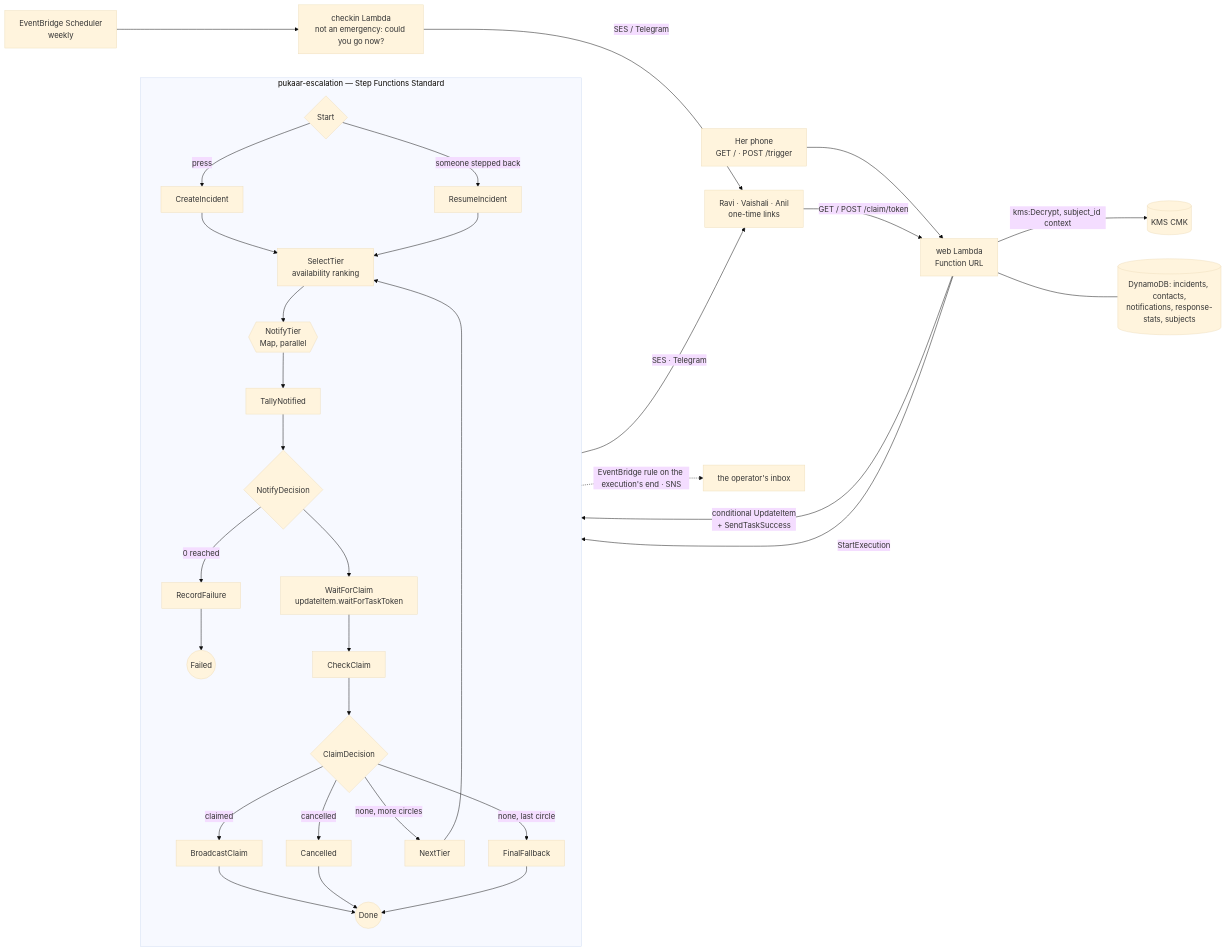
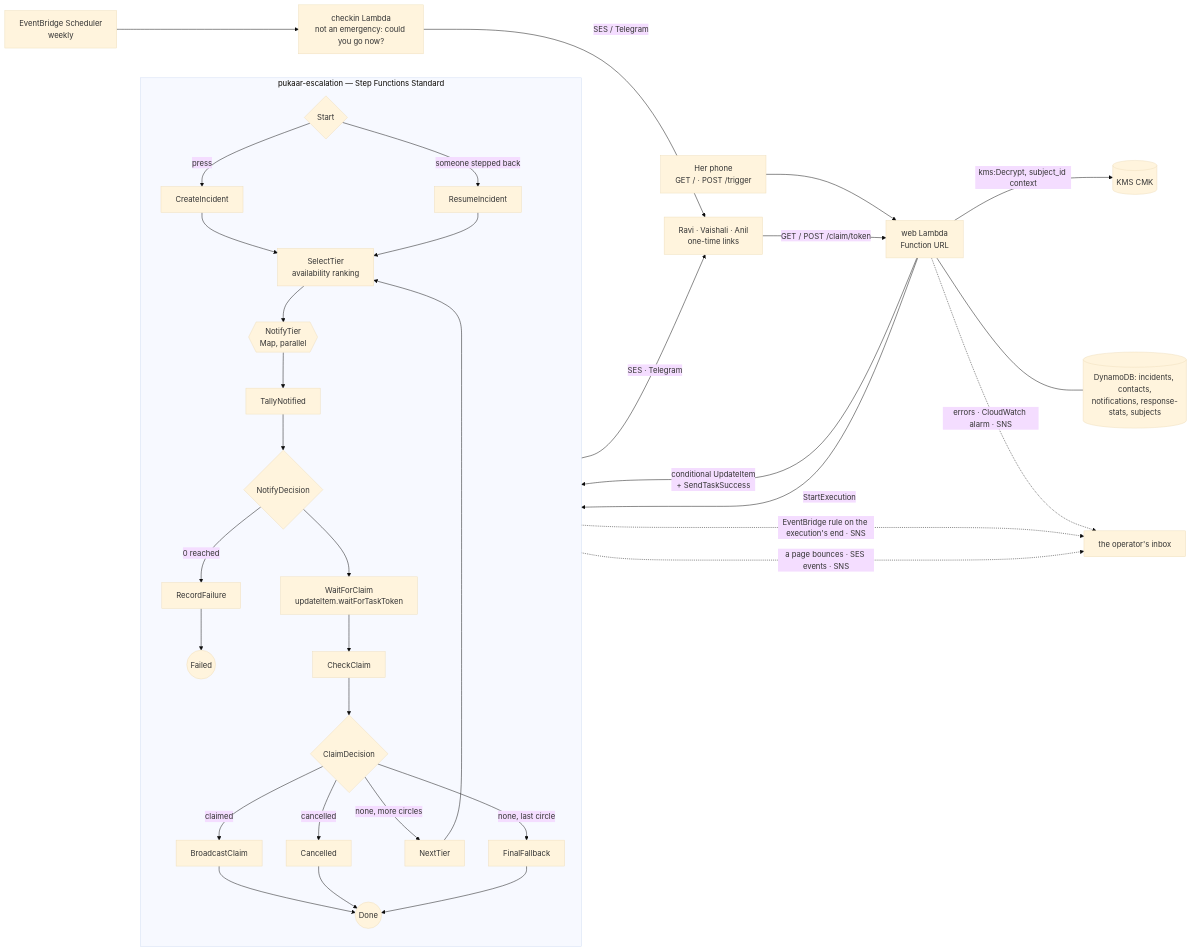
One commit to aryangorde6/pukaar changed the diagram in README.md. Above: the diagram before and after it, drawn with Mermaid (base theme). The commit also changed other lines of this file and 1 other file, not shown here.

Commit message:
readme: the rails, learned item 10, the alarm in the cost lines

````diff
--- a/README.md
+++ b/README.md
@@ -130,26 +131,28 @@
 ```mermaid
 flowchart LR
   P["Her phone<br/>GET /  ·  POST /trigger"] --> W[web Lambda<br/>Function URL]
   W -->|StartExecution| SM
   subgraph SM [pukaar-escalation — Step Functions Standard]
     direction TB
     ST{Start} -->|press| C[CreateIncident] --> S[SelectTier<br/>availability ranking]
     ST -->|someone stepped back| RI[ResumeIncident] --> S
     S --> M{{NotifyTier<br/>Map, parallel}}
     M --> T[TallyNotified] --> D{NotifyDecision}
     D -->|0 reached| RF[RecordFailure] --> F((Failed))
     D --> WT[WaitForClaim<br/>updateItem.waitForTaskToken]
     WT --> CC[CheckClaim] --> CD{ClaimDecision}
     CD -->|claimed| B1[BroadcastClaim] --> DN((Done))
     CD -->|cancelled| B2[Cancelled] --> DN
     CD -->|none, more circles| NT[NextTier] --> S
     CD -->|none, last circle| B3[FinalFallback] --> DN
   end
   M -->|SES · Telegram| R["Ravi · Vaishali · Anil<br/>one-time links"]
   R -->|GET / POST /claim/token| W
   W -->|conditional UpdateItem<br/>+ SendTaskSuccess| WT
   SCH[EventBridge Scheduler<br/>weekly] --> CK[checkin Lambda<br/>not an emergency: could you go now?] -->|SES / Telegram| R
   W -->|kms:Decrypt, subject_id context| K[(KMS CMK)]
   W --- DDB[(DynamoDB: incidents, contacts,<br/>notifications, response-stats, subjects)]
   F -.->|EventBridge rule on the execution's end · SNS| OP[the operator's inbox]
+  M -.->|a page bounces · SES events · SNS| OP
+  W -.->|errors · CloudWatch alarm · SNS| OP
 ```
````
